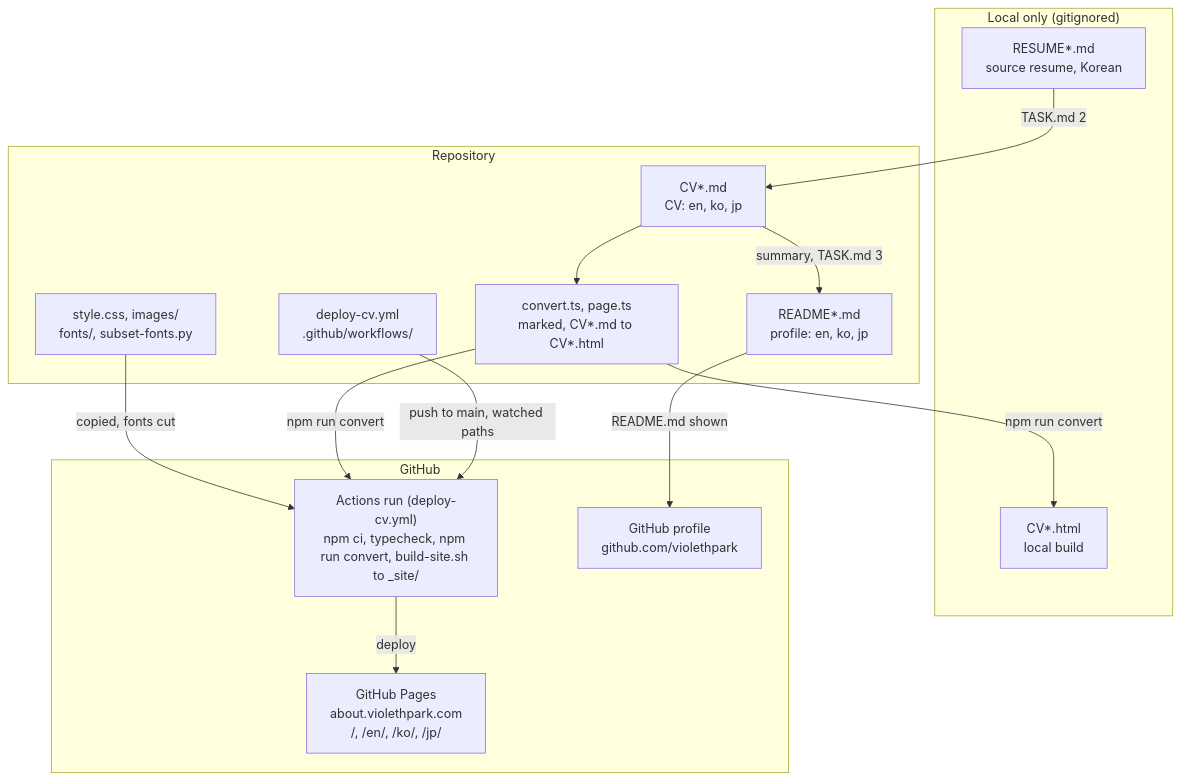
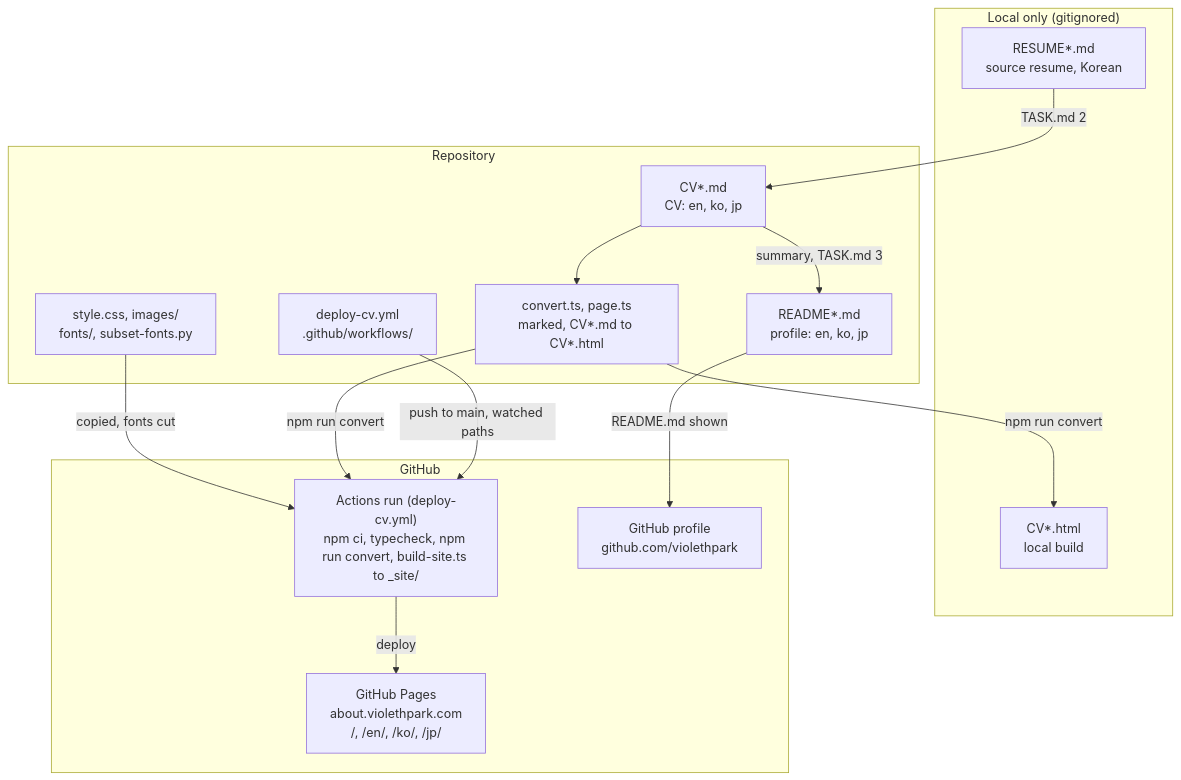
One commit to violethpark/violethpark changed the diagram in diagrams/repo-structure.mmd. Above: the diagram before and after it, drawn with Mermaid. The commit also changed 8 other files, not shown here.

First line of the commit message:
docs: 저장소 그림과 문서에 build-site.ts와 검사를 반영한다

```diff
--- a/diagrams/repo-structure.mmd
+++ b/diagrams/repo-structure.mmd
@@ -1,28 +1,28 @@
 flowchart TB
   accTitle: Repository publishing structure
-  accDescr: RESUME*.md is the factual source for the CV in three languages, which the README profiles summarize. convert.ts, with the page script page.ts, turns CV*.md into CV*.html locally and in the deploy workflow; the workflow adds style.css, images, and the fonts cut to the pages' characters (subset-fonts.py) with build-site.sh and deploys the site to GitHub Pages at about.violethpark.com.
+  accDescr: RESUME*.md is the factual source for the CV in three languages, which the README profiles summarize. convert.ts, with the page script page.ts, turns CV*.md into CV*.html locally and in the deploy workflow; the workflow adds style.css, images, and the fonts cut to the pages' characters (subset-fonts.py) with build-site.ts and deploys the site to GitHub Pages at about.violethpark.com.
   subgraph local ["Local only (gitignored)"]
     html["CV*.html<br/>local build"]
     resume["RESUME*.md<br/>source resume, Korean"]
   end
   subgraph repo [Repository]
     cv["CV*.md<br/>CV: en, ko, jp"]
     readme["README*.md<br/>profile: en, ko, jp"]
     assets["style.css, images/<br/>fonts/, subset-fonts.py"]
     convert["convert.ts, page.ts<br/>marked, CV*.md to CV*.html"]
     workflow["deploy-cv.yml<br/>.github/workflows/"]
   end
   subgraph github [GitHub]
-    run["Actions run (deploy-cv.yml)<br/>npm ci, typecheck, npm run convert, build-site.sh to _site/"]
+    run["Actions run (deploy-cv.yml)<br/>npm ci, typecheck, npm run convert, build-site.ts to _site/"]
     profile["GitHub profile<br/>github.com/violethpark"]
     pages["GitHub Pages<br/>about.violethpark.com<br/>/, /en/, /ko/, /jp/"]
   end
   resume -- "TASK.md 2" --> cv
   cv -- "summary, TASK.md 3" --> readme
   readme -- "README.md shown" --> profile
   cv --> convert
   convert -- "npm run convert" --> html
   assets -- "copied, fonts cut" --> run
   convert -- "npm run convert" --> run
   workflow -- "push to main, watched paths" --> run
   run -- deploy --> pages
```
